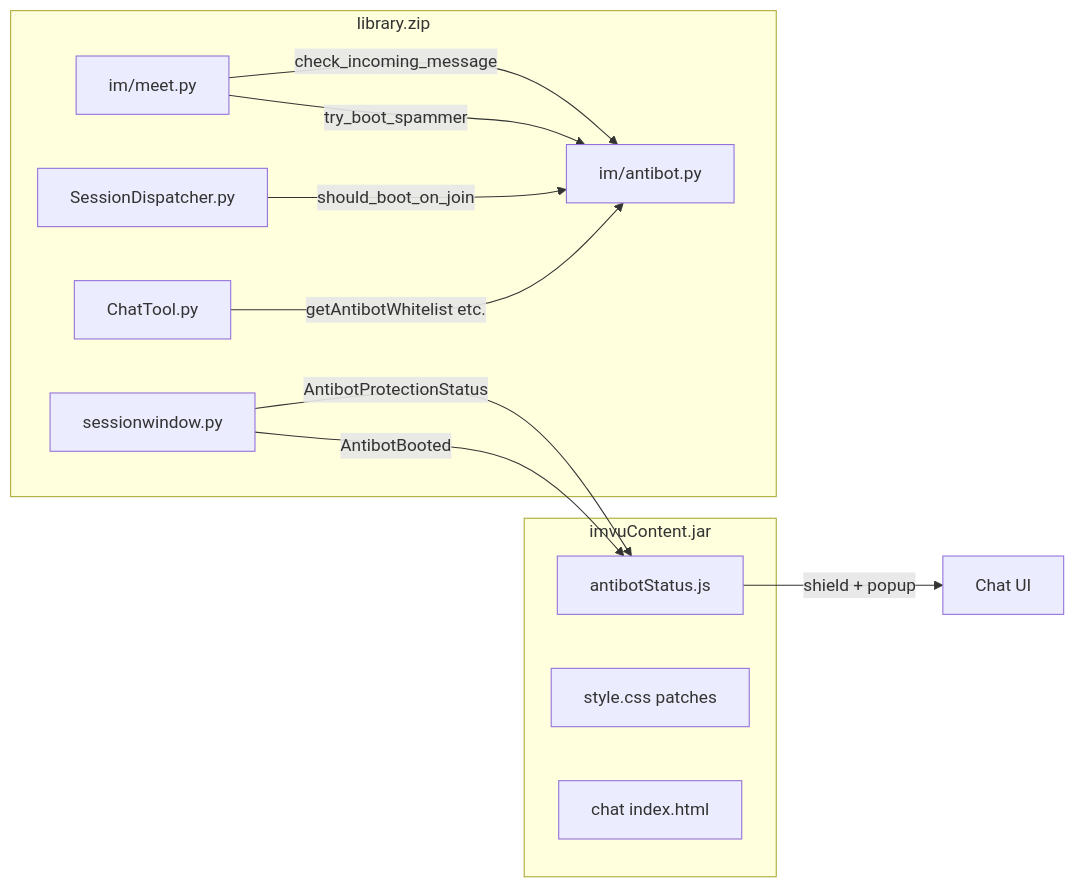
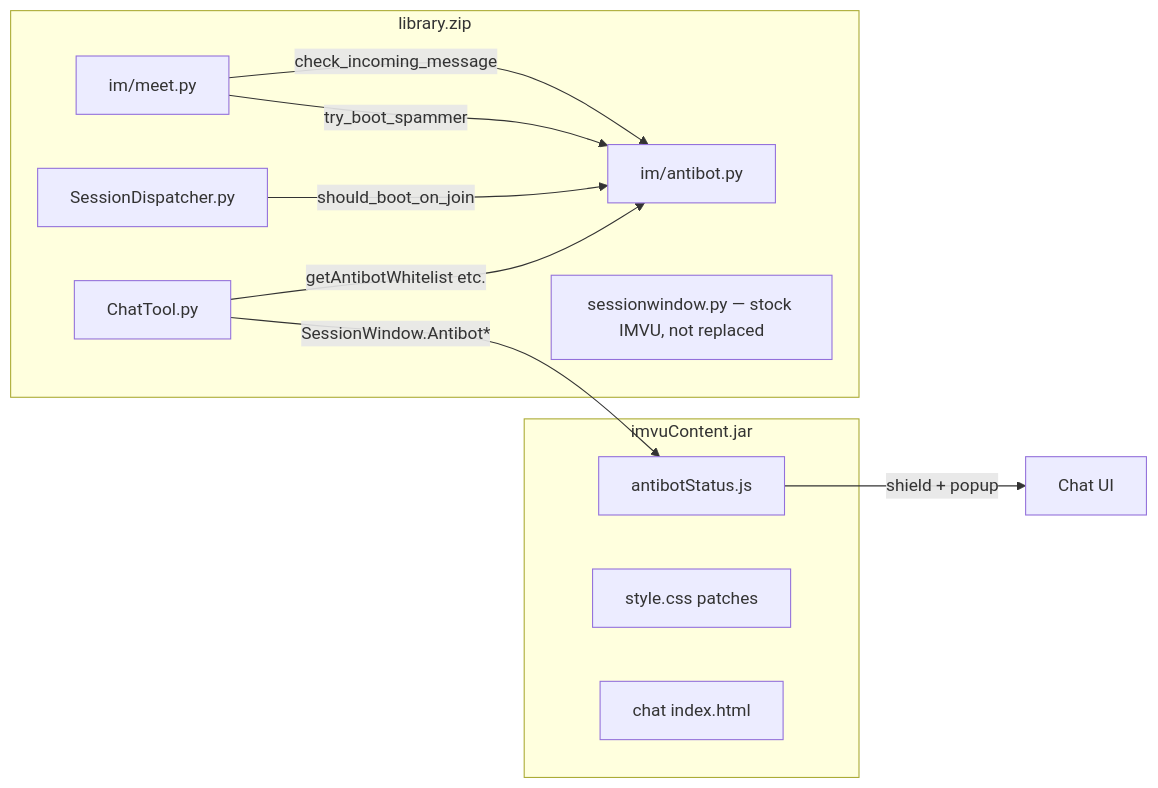
One commit to JSukar/IMVU-TOOLKIT changed the second of 5 diagrams in docs/antibot.md. Above: the diagram before and after it, drawn with Mermaid. The commit also changed other lines of this file and 10 other files, not shown here.

First line of the commit message:
Fix antibot crash by keeping stock sessionwindow (v1.2.2).

````diff
--- a/docs/antibot.md
+++ b/docs/antibot.md
@@ -157,22 +157,21 @@
 ```mermaid
 flowchart LR
     subgraph jar["imvuContent.jar"]
         JS[antibotStatus.js]
         CSS[style.css patches]
         HTML[chat index.html]
     end
     subgraph lib["library.zip"]
         AB[im/antibot.py]
         MEET[im/meet.py]
         SD[SessionDispatcher.py]
-        SW[sessionwindow.py]
         CT[ChatTool.py]
+        SW[sessionwindow.py — stock IMVU, not replaced]
     end
     MEET -->|check_incoming_message| AB
     MEET -->|try_boot_spammer| AB
     SD -->|should_boot_on_join| AB
-    SW -->|AntibotProtectionStatus| JS
-    SW -->|AntibotBooted| JS
+    CT -->|SessionWindow.Antibot*| JS
     CT -->|getAntibotWhitelist etc.| AB
     JS -->|shield + popup| Chat[Chat UI]
 ```
````
